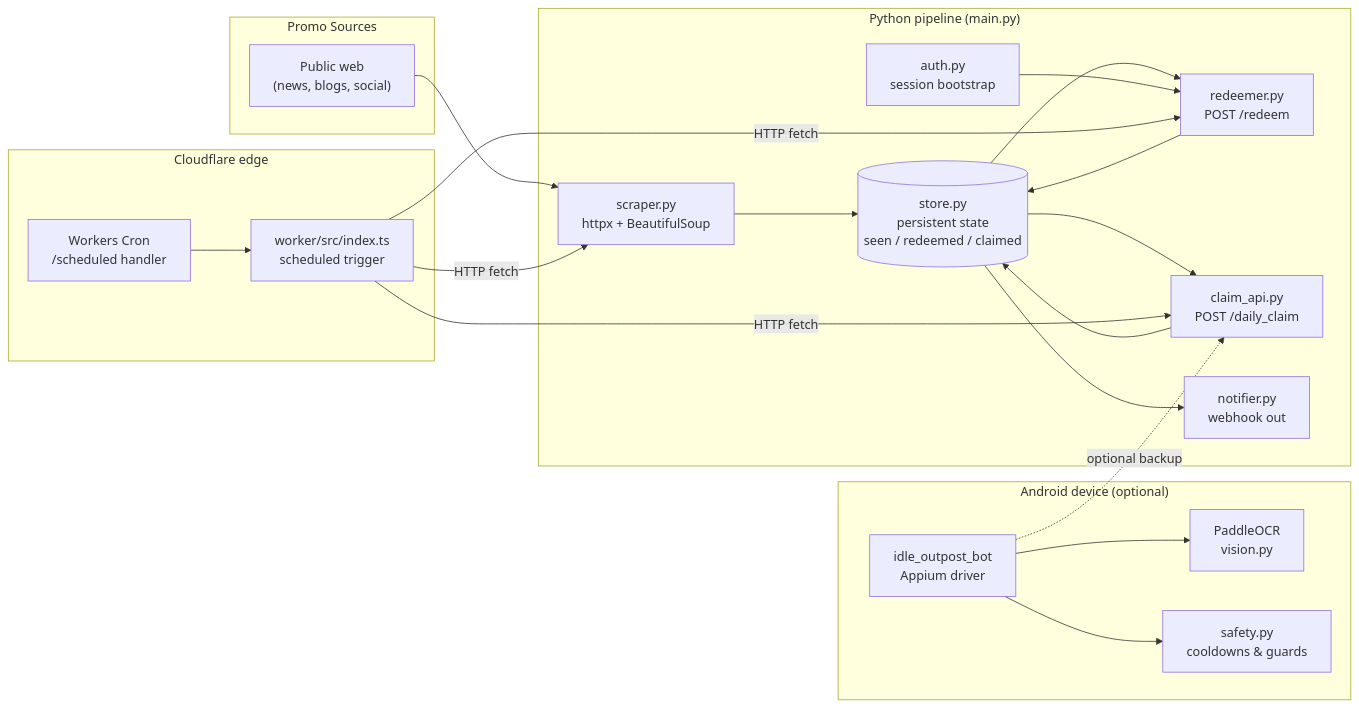
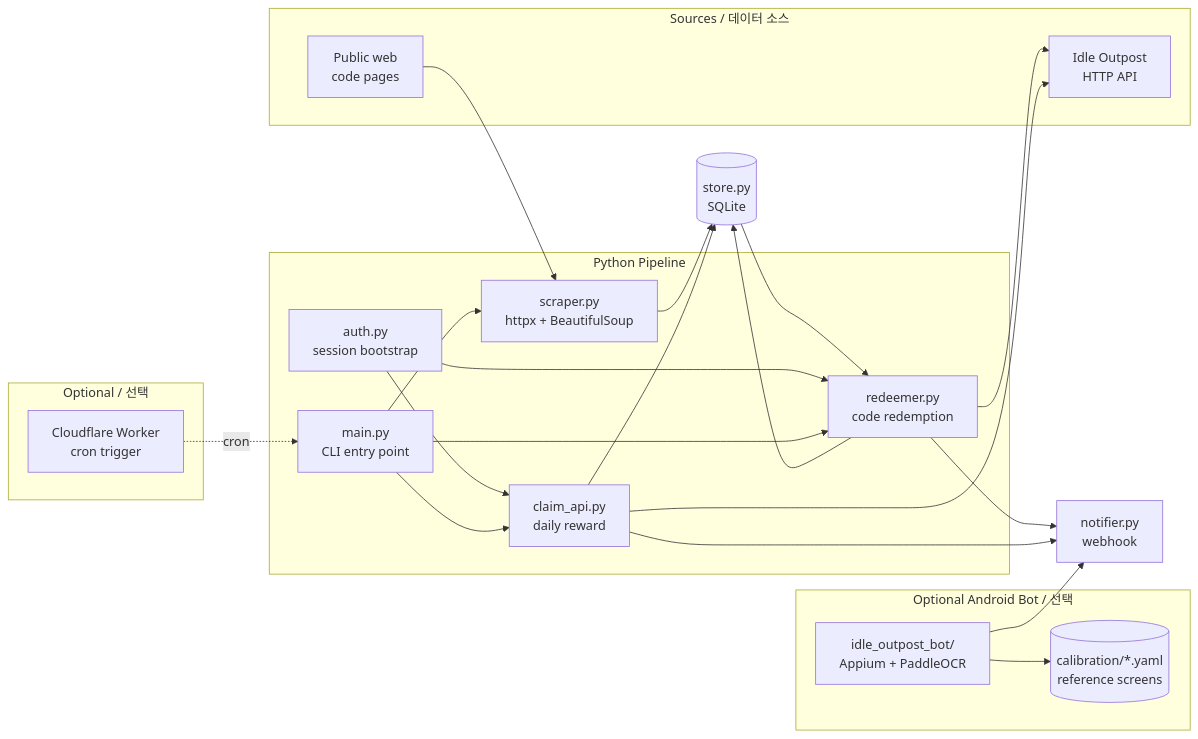
The diagram in README.md (jclee941/idle-outpost), drawn with Mermaid before and after one commit. The commit also changed other lines of this file, not shown here.

````diff
--- a/README.md
+++ b/README.md
@@ -83,42 +89,45 @@
 ```mermaid
 flowchart LR
-    subgraph Sources["Promo Sources"]
-        WEB["Public web<br/>(news, blogs, social)"]
-    end
+  subgraph Sources["Sources / 데이터 소스"]
+    WEB["Public web<br/>code pages"]
+    GAME["Idle Outpost<br/>HTTP API"]
+  end
 
-    subgraph Pipeline["Python pipeline (main.py)"]
-        SCRAPER["scraper.py<br/>httpx + BeautifulSoup"]
-        STORE[("store.py<br/>persistent state<br/>seen / redeemed / claimed")]
-        AUTH["auth.py<br/>session bootstrap"]
-        REDEEMER["redeemer.py<br/>POST /redeem"]
-        CLAIM["claim_api.py<br/>POST /daily_claim"]
-        NOTIFIER["notifier.py<br/>webhook out"]
-    end
+  subgraph Pipeline["Python Pipeline"]
+    SCRAPER["scraper.py<br/>httpx + BeautifulSoup"]
+    AUTH["auth.py<br/>session bootstrap"]
+    REDEEMER["redeemer.py<br/>code redemption"]
+    CLAIM["claim_api.py<br/>daily reward"]
+    MAIN["main.py<br/>CLI entry point"]
+  end
 
-    subgraph Edge["Cloudflare edge"]
-        WORKER["worker/src/index.ts<br/>scheduled trigger"]
-        CRON["Workers Cron<br/>/scheduled handler"]
-    end
+  STORE[("store.py<br/>SQLite")]
+  NOTIFY["notifier.py<br/>webhook"]
 
-    subgraph Device["Android device (optional)"]
-        BOT["idle_outpost_bot<br/>Appium driver"]
-        OCR["PaddleOCR<br/>vision.py"]
-        SAFE["safety.py<br/>cooldowns & guards"]
-    end
+  subgraph Edge["Optional / 선택"]
+    WORKER["Cloudflare Worker<br/>cron trigger"]
+  end
 
-    WEB --> SCRAPER
-    SCRAPER --> STORE
-    STORE --> REDEEMER
-    AUTH --> REDEEMER
-    REDEEMER --> STORE
-    STORE --> CLAIM
-    CLAIM --> STORE
-    STORE --> NOTIFIER
-    CRON --> WORKER
-    WORKER -->|HTTP fetch| SCRAPER
-    WORKER -->|HTTP fetch| REDEEMER
-    WORKER -->|HTTP fetch| CLAIM
-    BOT --> OCR
-    BOT --> SAFE
-    BOT -.optional backup.-> CLAIM
+  subgraph Android["Optional Android Bot / 선택"]
+    BOT["idle_outpost_bot/<br/>Appium + PaddleOCR"]
+    CAL[("calibration/*.yaml<br/>reference screens")]
+  end
+
+  WEB --> SCRAPER
+  SCRAPER --> STORE
+  STORE --> REDEEMER
+  AUTH --> REDEEMER
+  AUTH --> CLAIM
+  REDEEMER --> GAME
+  CLAIM --> GAME
+  MAIN --> SCRAPER
+  MAIN --> REDEEMER
+  MAIN --> CLAIM
+  REDEEMER --> NOTIFY
+  CLAIM --> NOTIFY
+  WORKER -.cron.-> MAIN
+  BOT --> CAL
+  BOT --> NOTIFY
+  REDEEMER --> STORE
+  CLAIM --> STORE
 ```
````
